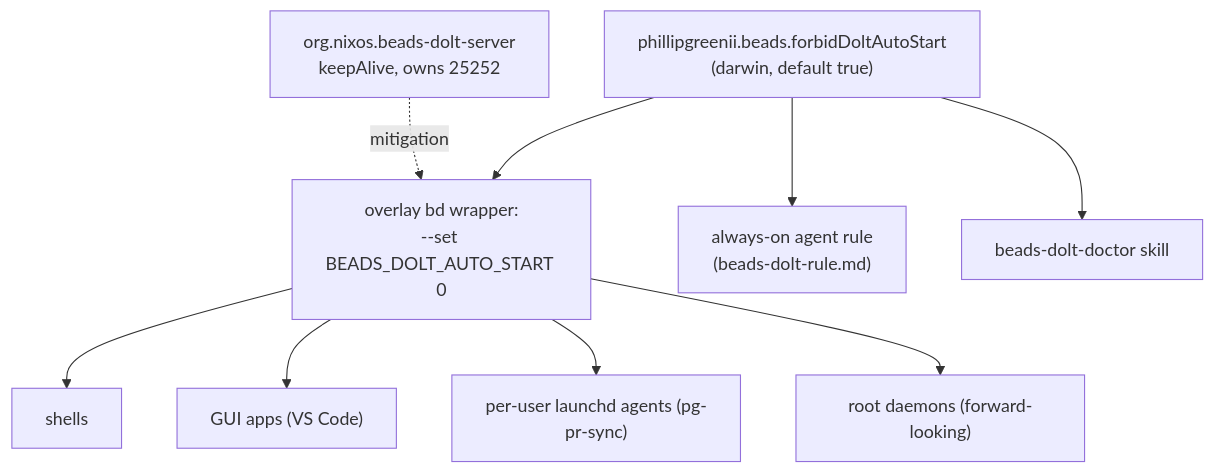
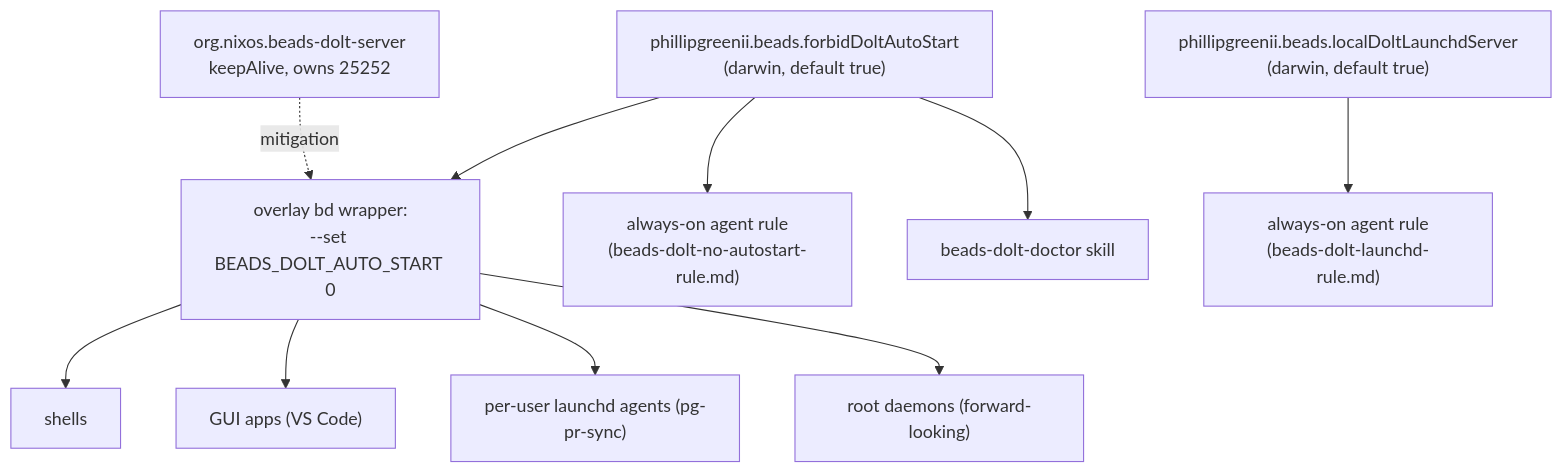
Before and after one commit to phillipgreenii/nix-agent-support: the diagram in docs/runbooks/beads-dolt-no-autostart.md, drawn with Mermaid. The commit also changed other lines of this file and 6 other files, not shown here.

First line of the commit message:
agent-rules: per-machine correctness for dolt rule and A-1 roots

````diff
--- a/docs/runbooks/beads-dolt-no-autostart.md
+++ b/docs/runbooks/beads-dolt-no-autostart.md
@@ -18,12 +21,14 @@
 ```mermaid
 flowchart TD
     FLAG["phillipgreenii.beads.forbidDoltAutoStart\n(darwin, default true)"]
     FLAG --> WRAP["overlay bd wrapper:\n--set BEADS_DOLT_AUTO_START 0"]
-    FLAG --> RULE["always-on agent rule\n(beads-dolt-rule.md)"]
+    FLAG --> RULE["always-on agent rule\n(beads-dolt-no-autostart-rule.md)"]
     FLAG --> SKILL["beads-dolt-doctor skill"]
+    LFLAG["phillipgreenii.beads.localDoltLaunchdServer\n(darwin, default true)"]
+    LFLAG --> LRULE["always-on agent rule\n(beads-dolt-launchd-rule.md)"]
     WRAP --> SHELL["shells"]
     WRAP --> GUI["GUI apps (VS Code)"]
     WRAP --> AGENT["per-user launchd agents (pg-pr-sync)"]
     WRAP --> ROOT["root daemons (forward-looking)"]
     DAEMON["org.nixos.beads-dolt-server\nkeepAlive, owns 25252"] -. mitigation .-> WRAP
 ```
````
